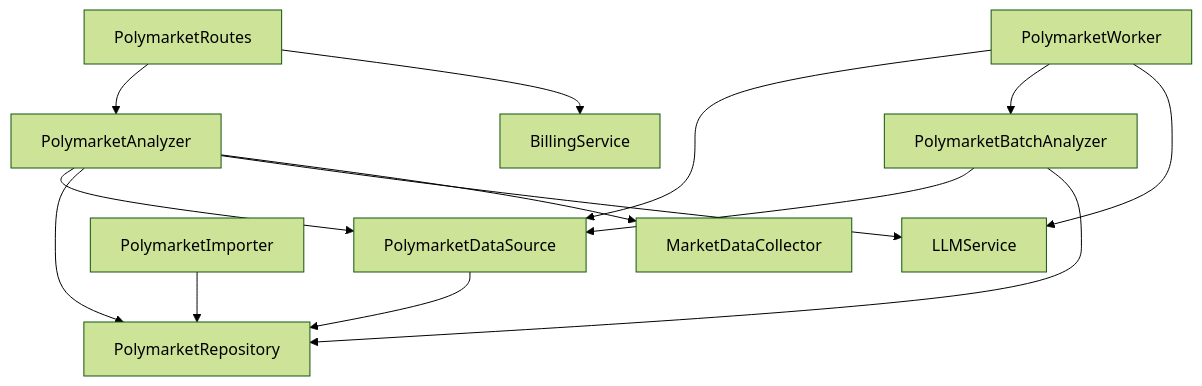
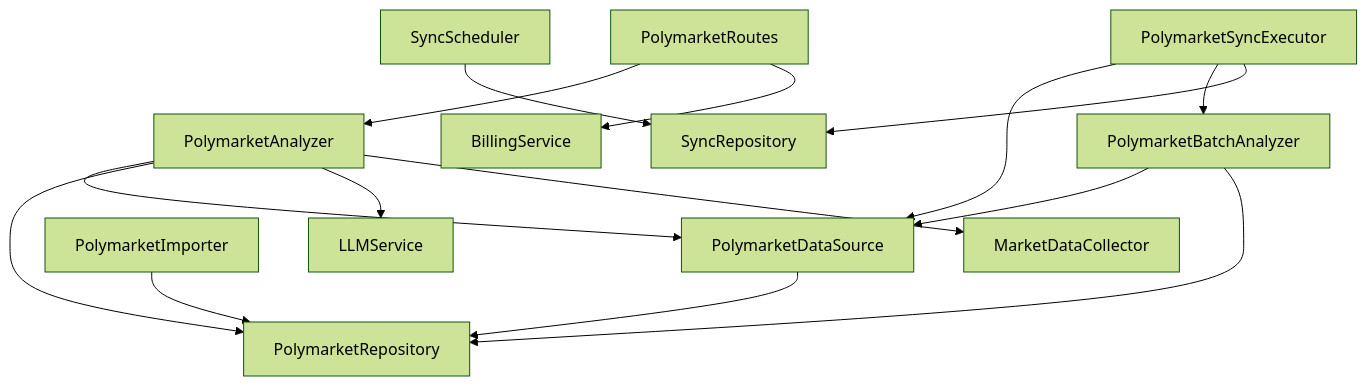
Diagram 11 of 12 in .qoder/repowiki/zh/content/数据管理系统/数据源适配器/Polymarket预测市场数据集成.md (joezxh/QuantDinger), drawn with Mermaid (forest theme) before and after one commit. The commit also changed other lines of this file and 71 other files, not shown here.

````diff
--- a/.qoder/repowiki/zh/content/数据管理系统/数据源适配器/Polymarket预测市场数据集成.md
+++ b/.qoder/repowiki/zh/content/数据管理系统/数据源适配器/Polymarket预测市场数据集成.md
@@ -415,16 +534,17 @@
 ```mermaid
 graph TD
 PolymarketDataSource --> PolymarketRepository
 PolymarketAnalyzer --> PolymarketDataSource
 PolymarketAnalyzer --> PolymarketRepository
 PolymarketBatchAnalyzer --> PolymarketDataSource
 PolymarketBatchAnalyzer --> PolymarketRepository
-PolymarketWorker --> PolymarketDataSource
-PolymarketWorker --> PolymarketBatchAnalyzer
+SyncScheduler --> SyncRepository
+PolymarketSyncExecutor --> PolymarketDataSource
+PolymarketSyncExecutor --> PolymarketBatchAnalyzer
+PolymarketSyncExecutor --> SyncRepository
 PolymarketImporter --> PolymarketRepository
 PolymarketAnalyzer --> LLMService
 PolymarketAnalyzer --> MarketDataCollector
-PolymarketWorker --> LLMService
 PolymarketRoutes --> PolymarketAnalyzer
 PolymarketRoutes --> BillingService
 ```
````
